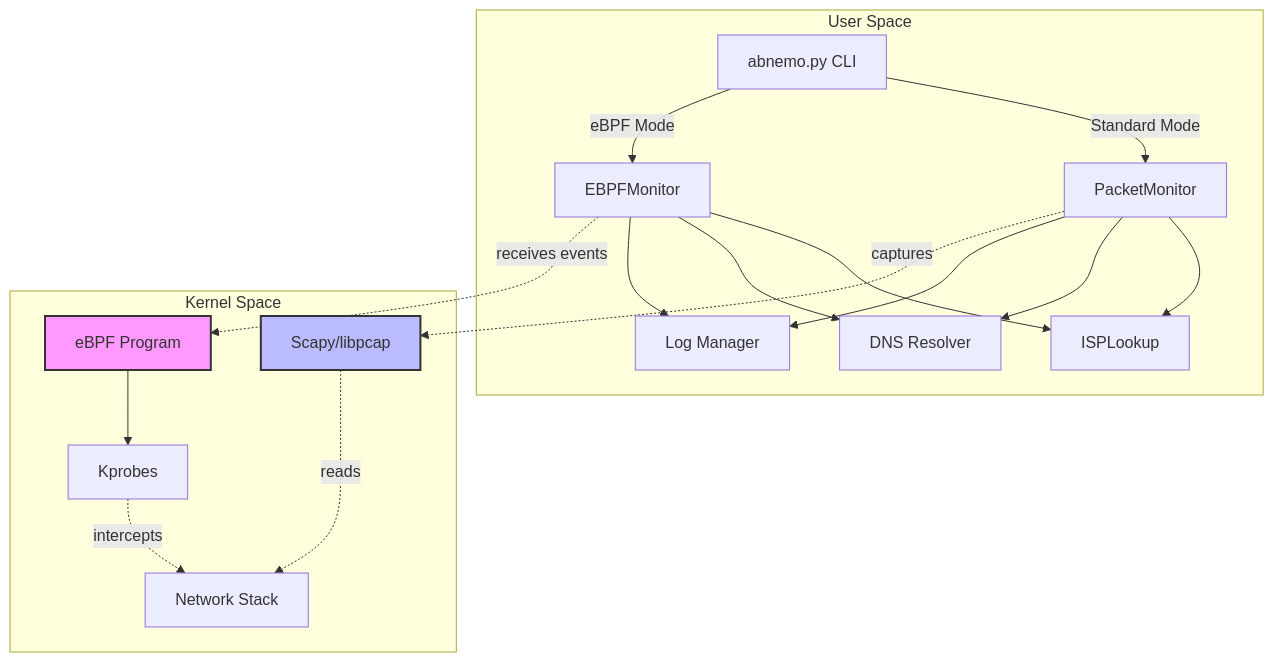
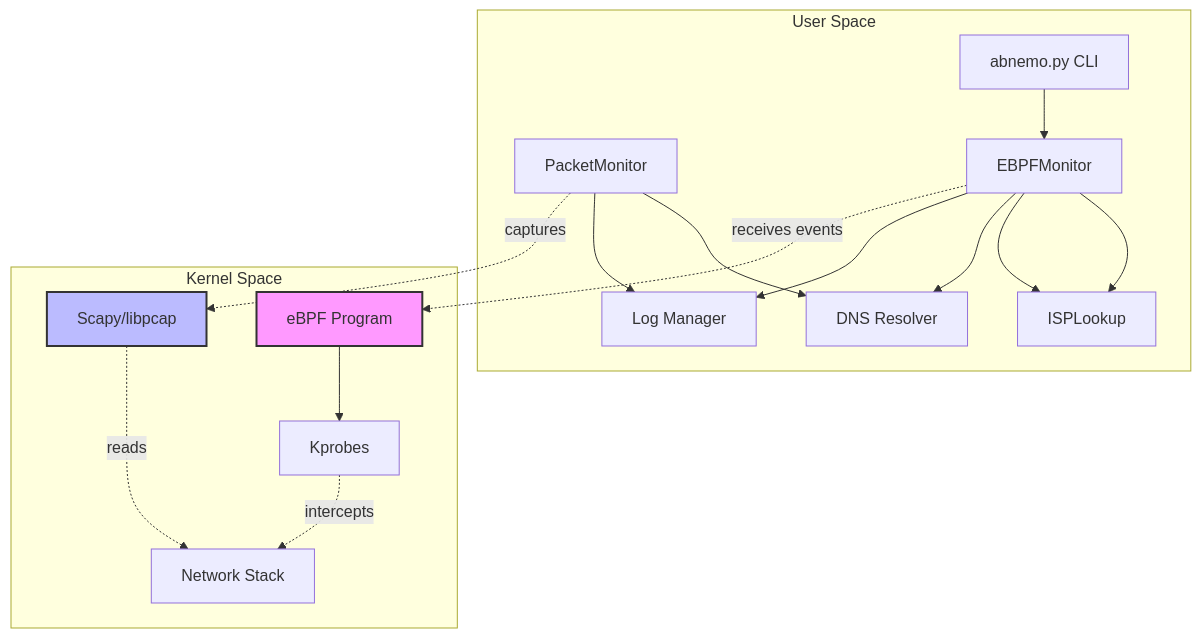
One commit to abstratium-dev/abnemo changed the first of 15 diagrams in docs/DESIGN.md. Above: the diagram before and after it, drawn with Mermaid. The commit also changed other lines of this file and 17 other files, not shown here.

````diff
--- a/docs/DESIGN.md
+++ b/docs/DESIGN.md
@@ -34,37 +31,36 @@
 ```mermaid
 graph TB
     subgraph "User Space"
         CLI[abnemo.py CLI]
         PM[PacketMonitor]
         EM[EBPFMonitor]
         ISP[ISPLookup]
         DNS[DNS Resolver]
         LOG[Log Manager]
         
-        CLI -->|Standard Mode| PM
-        CLI -->|eBPF Mode| EM
-        PM --> ISP
+        CLI --> EM
+        EM --> ISP
         PM --> DNS
         PM --> LOG
         EM --> ISP
         EM --> DNS
         EM --> LOG
     end
     
     subgraph "Kernel Space"
         SCAPY[Scapy/libpcap]
         EBPF[eBPF Program]
         KPROBE[Kprobes]
         NET[Network Stack]
         
         EBPF --> KPROBE
         KPROBE -.intercepts.-> NET
     end
     
     PM -.captures.-> SCAPY
     SCAPY -.reads.-> NET
     EM -.receives events.-> EBPF
     
     style EBPF fill:#f9f,stroke:#333,stroke-width:2px
     style SCAPY fill:#bbf,stroke:#333,stroke-width:2px
 ```
````
